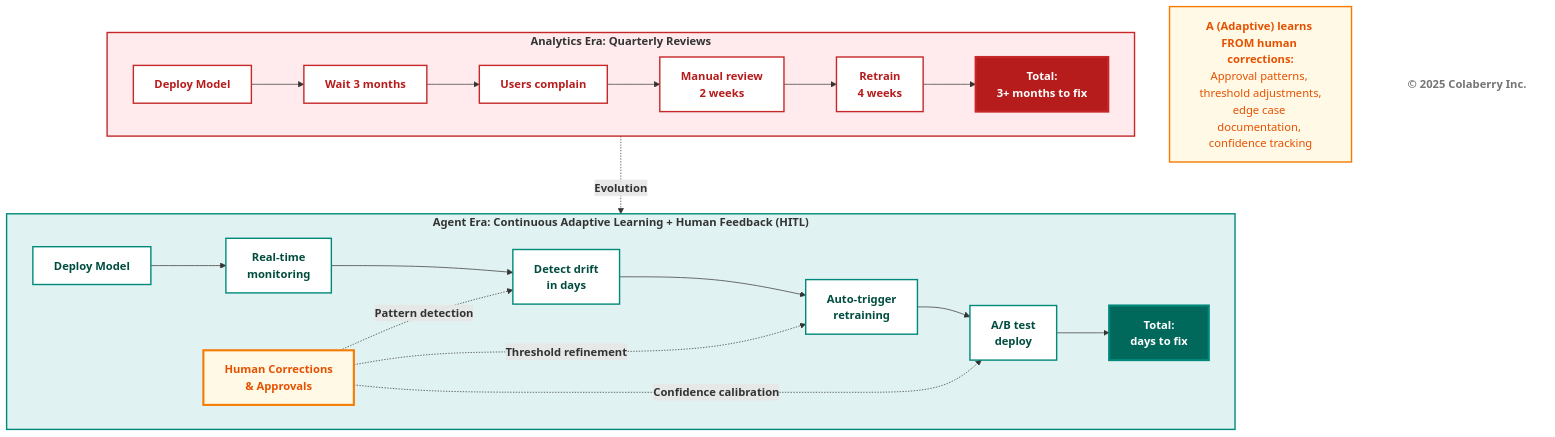
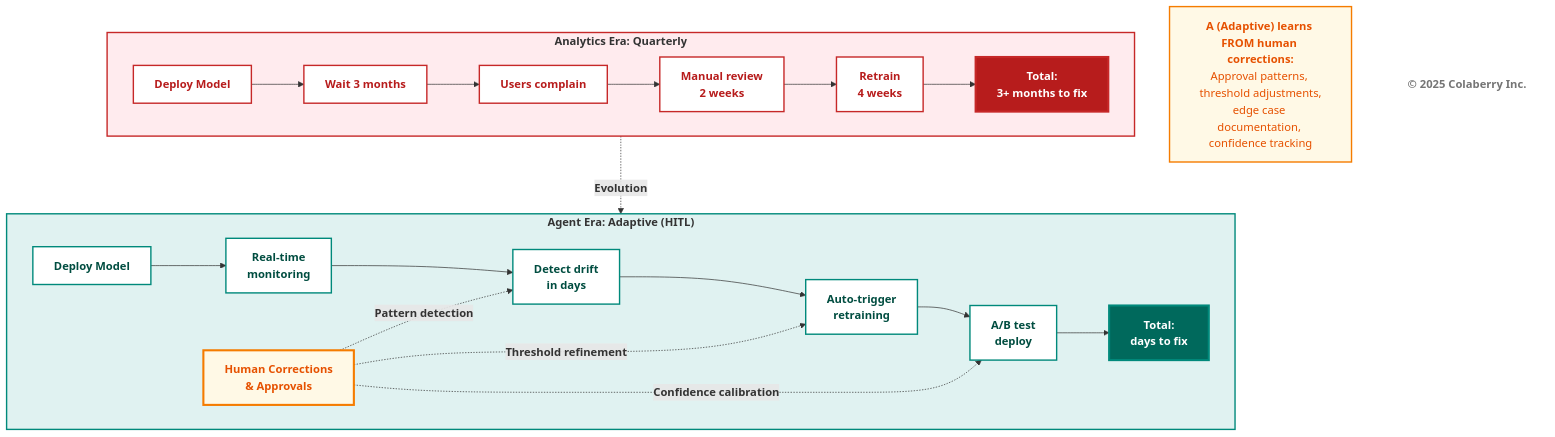
One commit to colaberry/enterprise-data-readiness-ai-agents changed the seventh of 9 diagrams in chapter-00/chapter_00_complete.md. Above: the diagram before and after it, drawn with Mermaid. The commit also changed other lines of this file, not shown here.

````diff
--- a/chapter-00/chapter_00_complete.md
+++ b/chapter-00/chapter_00_complete.md
@@ -647,52 +656,52 @@
 ```mermaid
 graph TB
-    subgraph ERA1["<b>Analytics Era: Quarterly Reviews</b>"]
+    subgraph ERA1["<b>Analytics Era: Quarterly</b>"]
         direction LR
         A1["<b>Deploy Model</b>"] --> B1["<b>Wait 3 months</b>"]
         B1 --> C1["<b>Users complain</b>"]
         C1 --> D1["<b>Manual review<br/>2 weeks</b>"]
         D1 --> E1["<b>Retrain<br/>4 weeks</b>"]
         E1 --> F1["<b>Total:<br/>3+ months to fix</b>"]
         
         style F1 fill:#b71c1c,color:#ffffff,stroke:#c62828,stroke-width:3px
     end
     
     ERA1 -.->|<b>Evolution</b>| ERA2
     
-    subgraph ERA2["<b>Agent Era: Continuous Adaptive Learning + Human Feedback (HITL)</b>"]
+    subgraph ERA2["<b>Agent Era: Adaptive (HITL)</b>"]
         direction LR
         A2["<b>Deploy Model</b>"] --> B2["<b>Real-time<br/>monitoring</b>"]
         B2 --> C2["<b>Detect drift<br/>in days</b>"]
         C2 --> D2["<b>Auto-trigger<br/>retraining</b>"]
         D2 --> E2["<b>A/B test<br/>deploy</b>"]
         E2 --> F2["<b>Total:<br/>days to fix</b>"]
         
         HUMAN["<b>Human Corrections<br/>& Approvals</b>"]
         HUMAN -.->|<b>Pattern detection</b>| C2
         HUMAN -.->|<b>Threshold refinement</b>| D2
         HUMAN -.->|<b>Confidence calibration</b>| E2
         
         style F2 fill:#00695c,color:#ffffff,stroke:#00897b,stroke-width:3px
         style HUMAN fill:#fff9e6,stroke:#f57c00,stroke-width:3px,color:#e65100
     end
     
     style ERA1 fill:#ffebee,stroke:#c62828,stroke-width:2px
     style A1 fill:#ffffff,stroke:#c62828,stroke-width:2px,color:#b71c1c
     style B1 fill:#ffffff,stroke:#c62828,stroke-width:2px,color:#b71c1c
     style C1 fill:#ffffff,stroke:#c62828,stroke-width:2px,color:#b71c1c
     style D1 fill:#ffffff,stroke:#c62828,stroke-width:2px,color:#b71c1c
     style E1 fill:#ffffff,stroke:#c62828,stroke-width:2px,color:#b71c1c
     
     style ERA2 fill:#e0f2f1,stroke:#00897b,stroke-width:2px
     style A2 fill:#ffffff,stroke:#00897b,stroke-width:2px,color:#004d40
     style B2 fill:#ffffff,stroke:#00897b,stroke-width:2px,color:#004d40
     style C2 fill:#ffffff,stroke:#00897b,stroke-width:2px,color:#004d40
     style D2 fill:#ffffff,stroke:#00897b,stroke-width:2px,color:#004d40
     style E2 fill:#ffffff,stroke:#00897b,stroke-width:2px,color:#004d40
     
     HITL_NOTE["<b>A (Adaptive) learns FROM human corrections:</b><br/>Approval patterns, threshold adjustments,<br/>edge case documentation, confidence tracking"]
     style HITL_NOTE fill:#fff9e6,stroke:#f57c00,stroke-width:2px,color:#e65100
     
     Copyright["<b>© 2025 Colaberry Inc.</b>"]
     style Copyright fill:#ffffff,stroke:none,color:#757575
 ```
````
